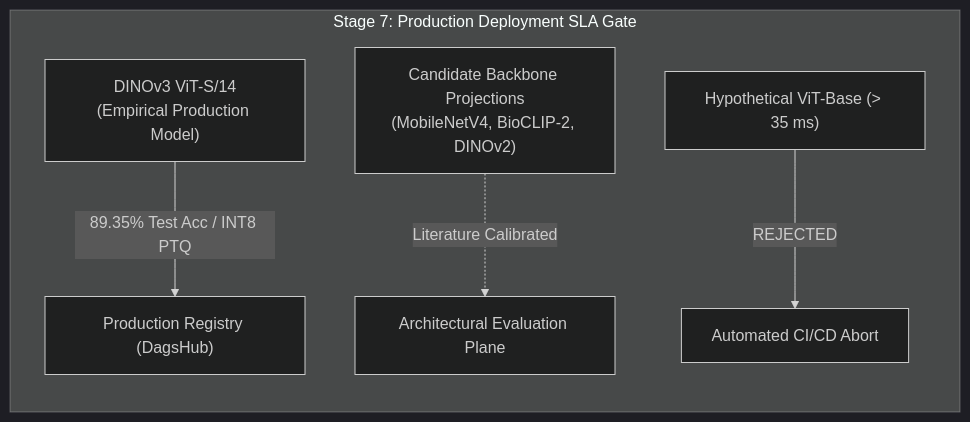
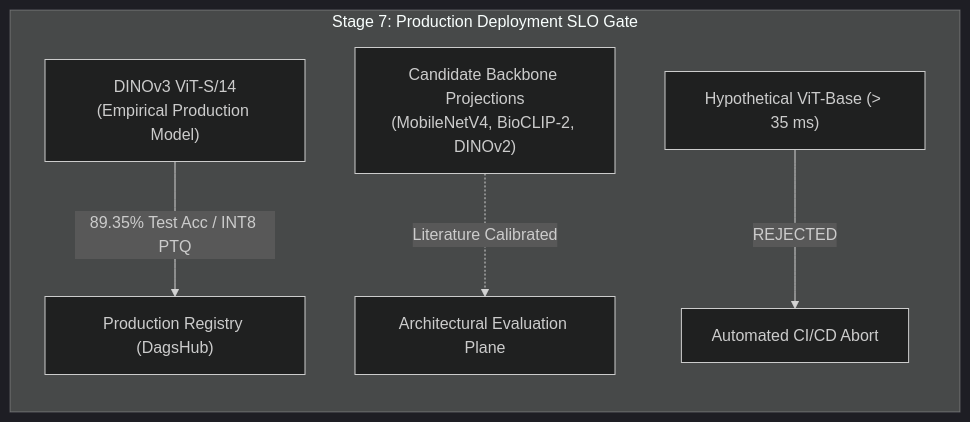
Before and after one commit to foersben/taxon-vision-mlops: the diagram in docs/model_engineering/backbone_benchmarking_pareto.md, drawn with Mermaid (dark theme). The commit also changed other lines of this file and 52 other files, not shown here.

First line of the commit message:
refactor(governance): adjust SLA nomenclature to Service Level Objective (SLO) across codebase

````diff
--- a/docs/model_engineering/backbone_benchmarking_pareto.md
+++ b/docs/model_engineering/backbone_benchmarking_pareto.md
@@ -69,8 +69,8 @@
 ```mermaid
 flowchart LR
-    subgraph Gate["Stage 7: Production Deployment SLA Gate"]
+    subgraph Gate["Stage 7: Production Deployment SLO Gate"]
         M1["DINOv3 ViT-S/14<br/>(Empirical Production Model)"] -->|89.35% Test Acc / INT8 PTQ| DEPLOY["Production Registry (DagsHub)"]
         M2["Candidate Backbone Projections<br/>(MobileNetV4, BioCLIP-2, DINOv2)"] -.->|Literature Calibrated| EVAL["Architectural Evaluation Plane"]
         M3["Hypothetical ViT-Base (> 35 ms)"] -->|REJECTED| FAIL["Automated CI/CD Abort"]
     end
 ```
````
